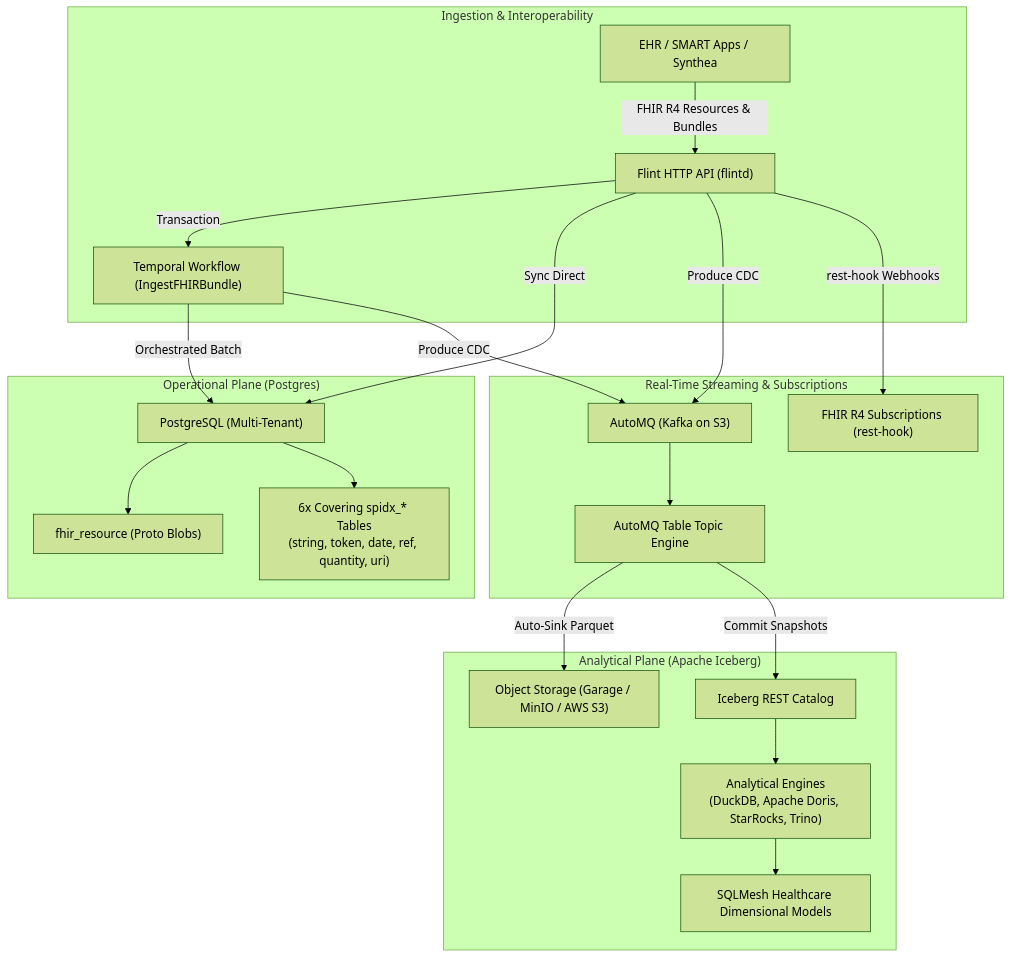
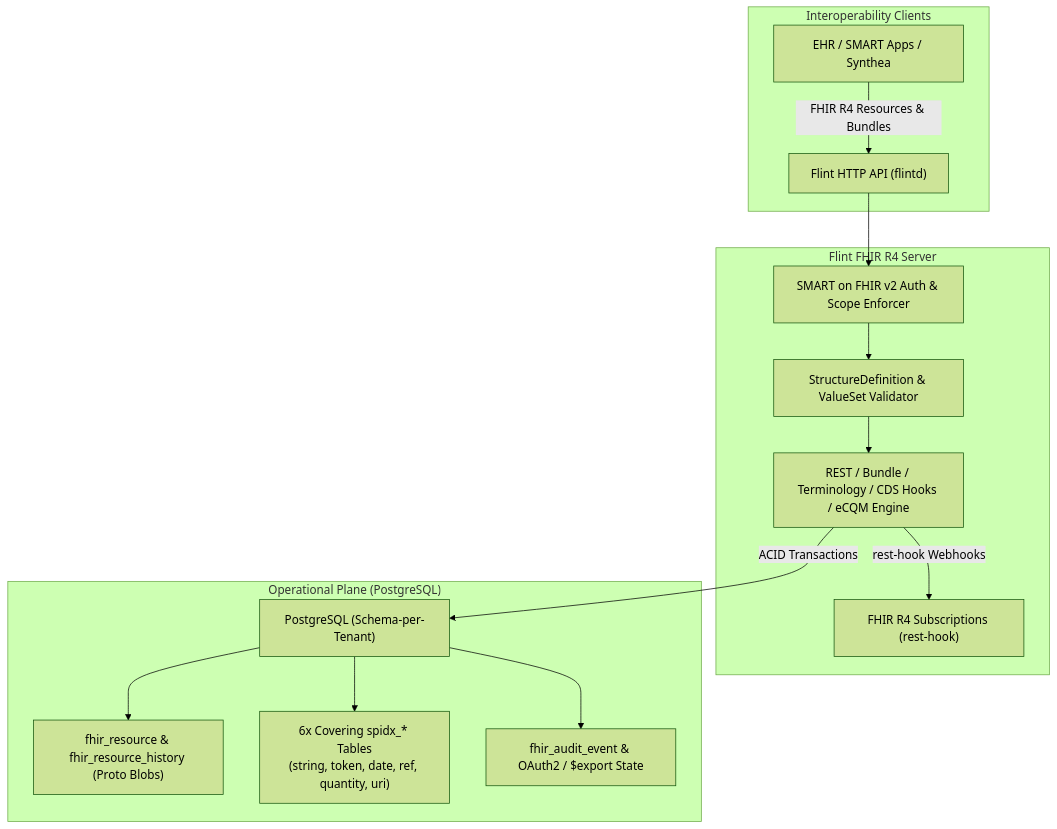
Before and after one commit to flint-fhir/flint: the first of 2 diagrams in README.md, drawn with Mermaid (forest theme). The commit also changed other lines of this file and 27 other files, not shown here.

Commit message:
refactor: make FHIR R4 server the default and CDC/Temporal/lakehouse opt-in add-ons

````diff
--- a/README.md
+++ b/README.md
@@ -32,28 +31,20 @@
 ```mermaid
 flowchart TD
-    subgraph Ingestion ["Ingestion & Interoperability"]
+    subgraph Clients ["Interoperability Clients"]
         EHR["EHR / SMART Apps / Synthea"] -->|FHIR R4 Resources & Bundles| API["Flint HTTP API (flintd)"]
-        API -->|Transaction| Temporal["Temporal Workflow (IngestFHIRBundle)"]
     end
 
-    subgraph OLTP ["Operational Plane (Postgres)"]
-        API -->|Sync Direct| PG["PostgreSQL (Multi-Tenant)"]
-        Temporal -->|Orchestrated Batch| PG
-        PG --> RProto["fhir_resource (Proto Blobs)"]
-        PG --> Spidx["6x Covering spidx_* Tables\n(string, token, date, ref, quantity, uri)"]
+    subgraph Server ["Flint FHIR R4 Server"]
+        API --> Auth["SMART on FHIR v2 Auth & Scope Enforcer"]
+        Auth --> Val["StructureDefinition & ValueSet Validator"]
+        Val --> Engine["REST / Bundle / Terminology / CDS Hooks / eCQM Engine"]
+        Engine -->|rest-hook Webhooks| Sub["FHIR R4 Subscriptions (rest-hook)"]
     end
 
-    subgraph Streaming ["Real-Time Streaming & Subscriptions"]
-        API -->|Produce CDC| AMQ["AutoMQ (Kafka on S3)"]
-        Temporal -->|Produce CDC| AMQ
-        AMQ --> TT["AutoMQ Table Topic Engine"]
-        API -->|rest-hook Webhooks| Sub["FHIR R4 Subscriptions (rest-hook)"]
-    end
-
-    subgraph Lakehouse ["Analytical Plane (Apache Iceberg)"]
-        TT -->|Auto-Sink Parquet| S3["Object Storage (Garage / MinIO / AWS S3)"]
-        TT -->|Commit Snapshots| Catalog["Iceberg REST Catalog"]
-        Catalog --> Query["Analytical Engines\n(DuckDB, Apache Doris, StarRocks, Trino)"]
-        Query --> Models["SQLMesh Healthcare Dimensional Models"]
+    subgraph OLTP ["Operational Plane (PostgreSQL)"]
+        Engine -->|ACID Transactions| PG["PostgreSQL (Schema-per-Tenant)"]
+        PG --> RProto["fhir_resource & fhir_resource_history (Proto Blobs)"]
+        PG --> Spidx["6x Covering spidx_* Tables\n(string, token, date, ref, quantity, uri)"]
+        PG --> Audit["fhir_audit_event & OAuth2 / $export State"]
     end
 ```
````
